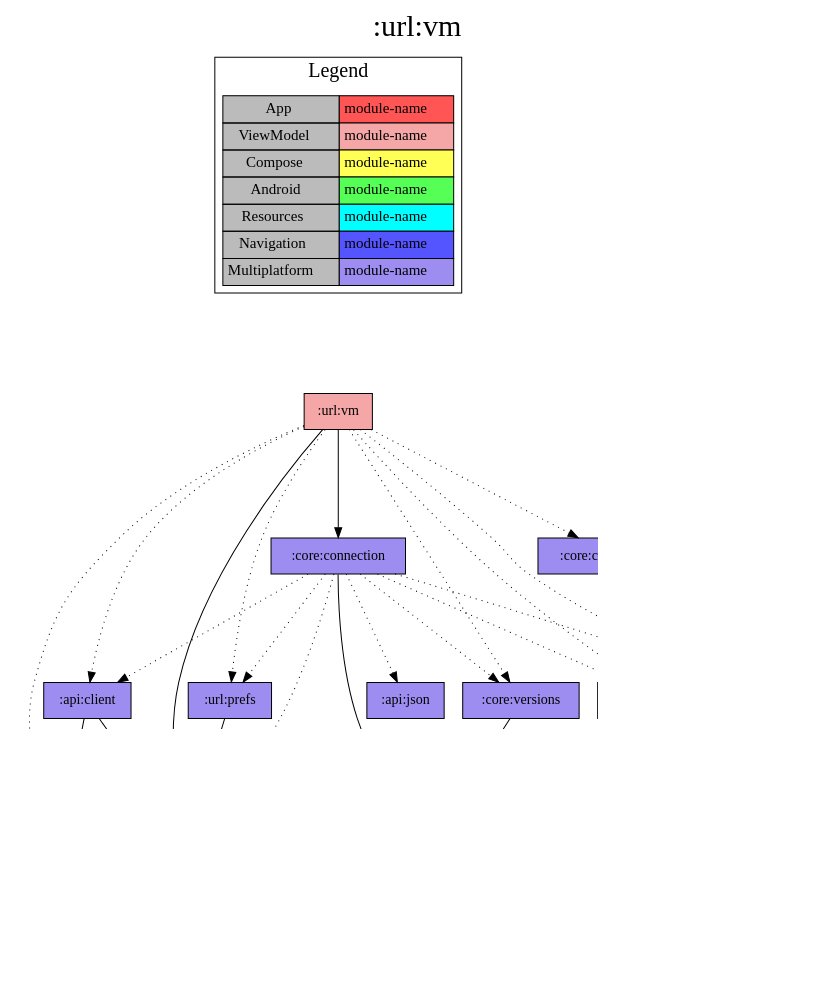
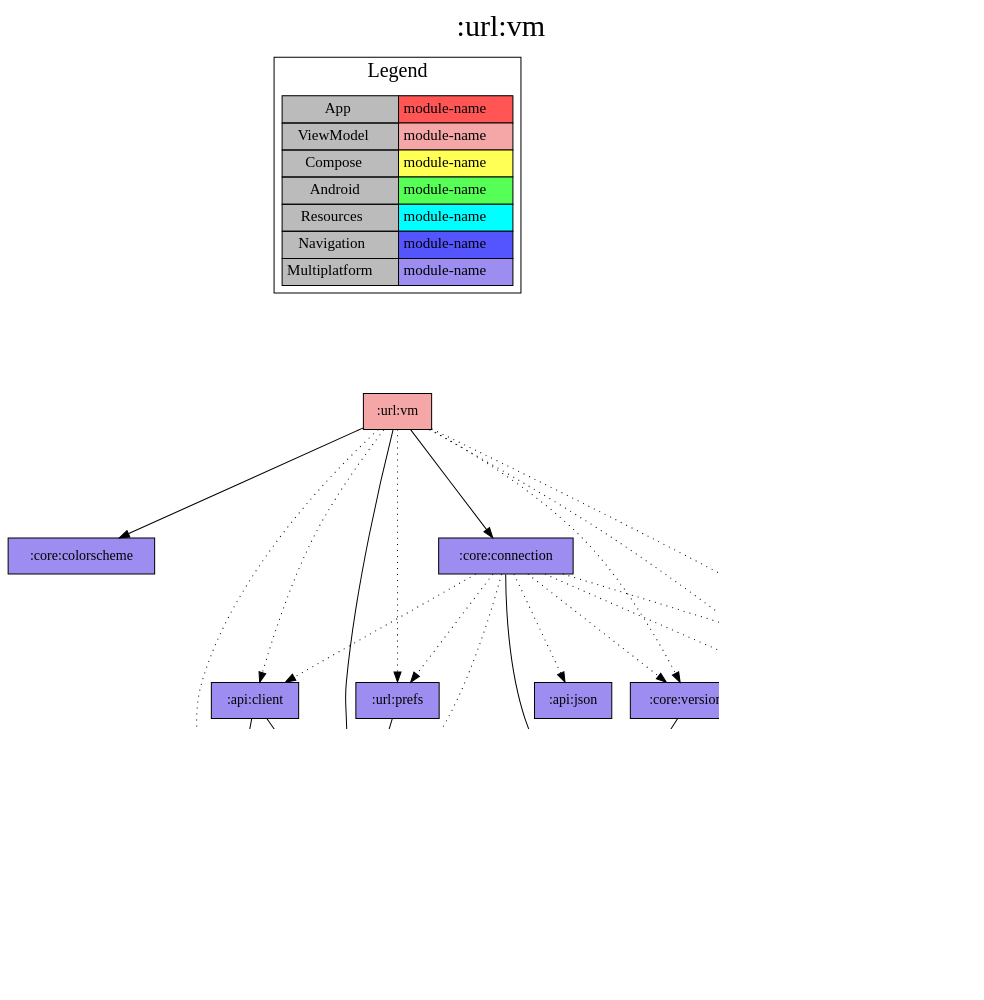
One commit to jonapoul/aktual changed the diagram in modules/url/vm/project-dependency-graph.dot. Above: the diagram before and after it, drawn with Graphviz. The commit also changed 27 other files, not shown here.

```diff
--- a/modules/url/vm/project-dependency-graph.dot
+++ b/modules/url/vm/project-dependency-graph.dot
@@ -1,59 +1,59 @@
 digraph {
 edge ["dir"="forward"]
 graph ["dpi"="100","label"=":url:vm","labelloc"="t","fontsize"="30","ranksep"="1.5","rankdir"="TB"]
 node ["style"="filled"]
 ":url:vm" ["fillcolor"="#F5A6A6","shape"="box"]
+":core:colorscheme" ["fillcolor"="#9D8DF1","shape"="box"]
 ":core:connection" ["fillcolor"="#9D8DF1","shape"="box"]
 ":core:buildconfig" ["fillcolor"="#9D8DF1","shape"="box"]
 ":api:client" ["fillcolor"="#9D8DF1","shape"="box"]
 ":api:model" ["fillcolor"="#9D8DF1","shape"="box"]
 ":login:model" ["fillcolor"="#9D8DF1","shape"="box"]
 ":url:model" ["fillcolor"="#9D8DF1","shape"="box"]
 ":api:json" ["fillcolor"="#9D8DF1","shape"="box"]
 ":core:coroutines" ["fillcolor"="#9D8DF1","shape"="box"]
 ":core:log" ["fillcolor"="#9D8DF1","shape"="box"]
 ":core:versions" ["fillcolor"="#9D8DF1","shape"="box"]
 ":url:prefs" ["fillcolor"="#9D8DF1","shape"="box"]
-":core:colorscheme" ["fillcolor"="#9D8DF1","shape"="box"]
 {
 edge ["dir"="none"]
 graph ["rank"="same"]
 }
+":url:vm" -> ":core:colorscheme"
 ":url:vm" -> ":core:connection"
 ":url:vm" -> ":url:model"
 ":url:vm" -> ":api:client" ["style"="dotted"]
 ":url:vm" -> ":api:model" ["style"="dotted"]
-":url:vm" -> ":core:colorscheme" ["style"="dotted"]
 ":url:vm" -> ":core:coroutines" ["style"="dotted"]
 ":url:vm" -> ":core:log" ["style"="dotted"]
 ":url:vm" -> ":core:versions" ["style"="dotted"]
 ":url:vm" -> ":url:prefs" ["style"="dotted"]
 ":core:connection" -> ":core:buildconfig"
 ":core:connection" -> ":api:client" ["style"="dotted"]
 ":core:connection" -> ":api:json" ["style"="dotted"]
 ":core:connection" -> ":core:coroutines" ["style"="dotted"]
 ":core:connection" -> ":core:log" ["style"="dotted"]
 ":core:connection" -> ":core:versions" ["style"="dotted"]
 ":core:connection" -> ":url:model" ["style"="dotted"]
 ":core:connection" -> ":url:prefs" ["style"="dotted"]
 ":api:client" -> ":api:model"
 ":api:client" -> ":url:model"
 ":api:model" -> ":login:model"
 ":core:versions" -> ":core:buildconfig"
 ":url:prefs" -> ":url:model"
 subgraph "cluster_legend" {
 edge ["dir"="none"]
 graph ["label"="Legend","fontsize"="20"]
 "Legend" ["style"="filled","fillcolor"="#bbbbbb","shape"="none","margin"="0","fontsize"="15","label"=<
 <TABLE BORDER="0" CELLBORDER="1" CELLSPACING="0" CELLPADDING="4">
 <TR><TD>App</TD><TD BGCOLOR="#FF5555">module-name</TD></TR>
 <TR><TD>ViewModel</TD><TD BGCOLOR="#F5A6A6">module-name</TD></TR>
 <TR><TD>Compose</TD><TD BGCOLOR="#FFFF55">module-name</TD></TR>
 <TR><TD>Android</TD><TD BGCOLOR="#55FF55">module-name</TD></TR>
 <TR><TD>Resources</TD><TD BGCOLOR="#00FFFF">module-name</TD></TR>
 <TR><TD>Navigation</TD><TD BGCOLOR="#5555FF">module-name</TD></TR>
 <TR><TD>Multiplatform</TD><TD BGCOLOR="#9D8DF1">module-name</TD></TR>
 </TABLE>
 >]
 } -> ":url:vm" ["style"="invis"]
 }
```
